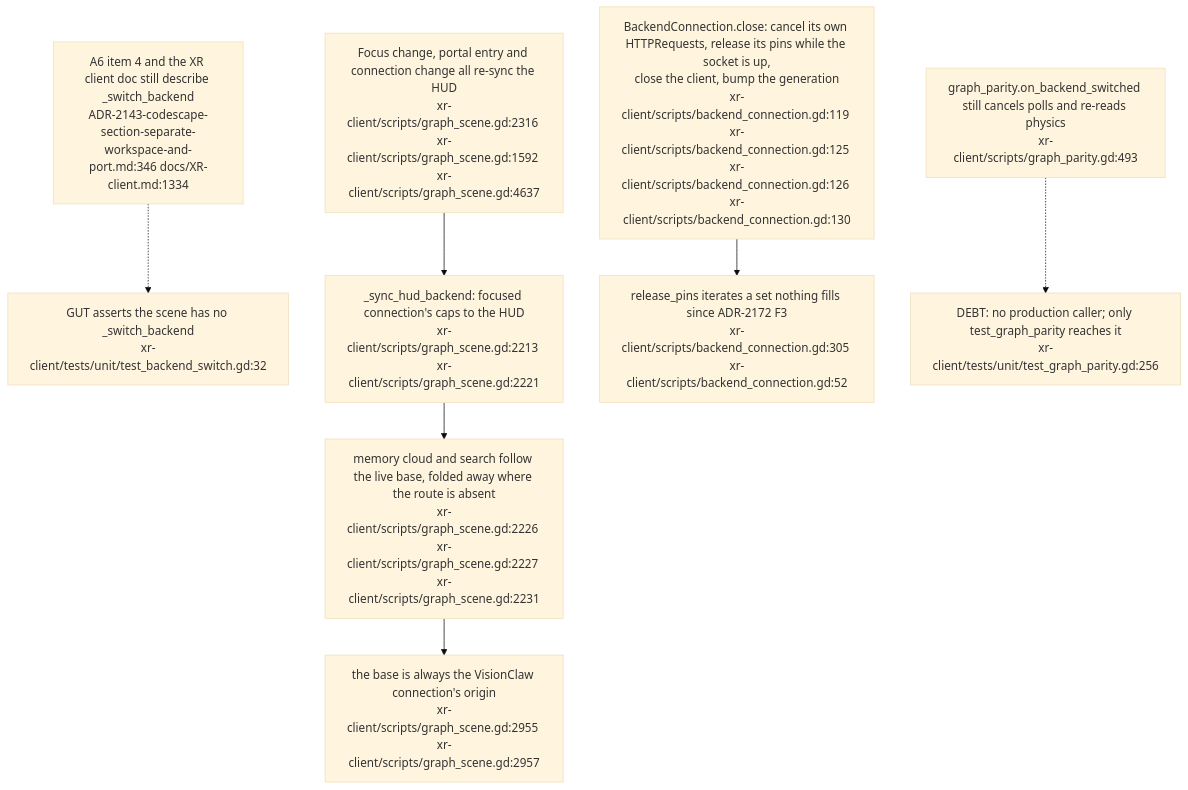
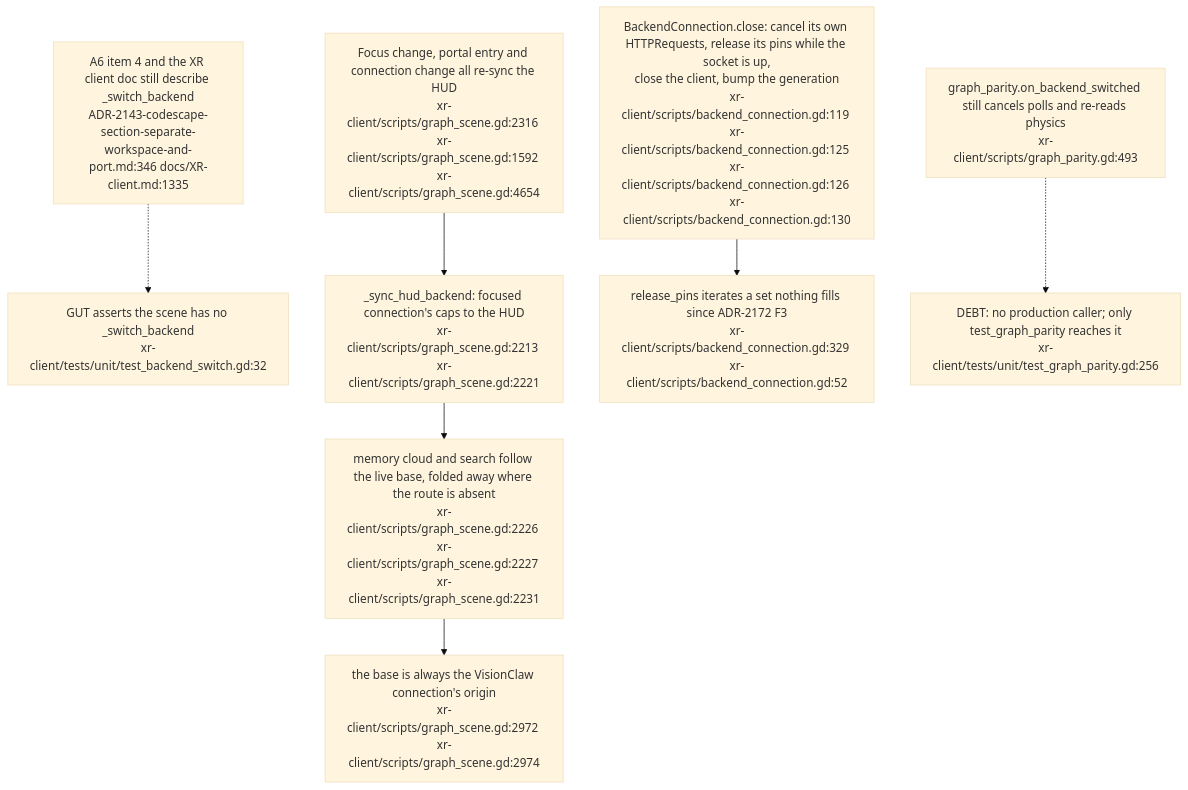
One commit to DreamLab-AI/VisionFlow changed the second of 3 diagrams in docs/diagrams/visionclaw/40-xr-two-backends-capability-gating.md. Above: the diagram before and after it, drawn with Mermaid (base theme). The commit also changed other lines of this file and 49 other files, not shown here.

First line of the commit message:
docs(diagrams): re-derive and re-stamp VisionClaw, estate, knowledge-graph, visionGraph, VisionFlow and sidestr topics

````diff
--- a/docs/diagrams/visionclaw/40-xr-two-backends-capability-gating.md
+++ b/docs/diagrams/visionclaw/40-xr-two-backends-capability-gating.md
@@ -88,12 +88,12 @@
 ```mermaid
 flowchart TD
     GONE["GUT asserts the scene has no _switch_backend<br/>xr-client/tests/unit/test_backend_switch.gd:32"]
-    FOCUS["Focus change, portal entry and connection change all re-sync the HUD<br/>xr-client/scripts/graph_scene.gd:2316 xr-client/scripts/graph_scene.gd:1592 xr-client/scripts/graph_scene.gd:4637"] --> SYNC["_sync_hud_backend: focused connection's caps to the HUD<br/>xr-client/scripts/graph_scene.gd:2213 xr-client/scripts/graph_scene.gd:2221"]
+    FOCUS["Focus change, portal entry and connection change all re-sync the HUD<br/>xr-client/scripts/graph_scene.gd:2316 xr-client/scripts/graph_scene.gd:1592 xr-client/scripts/graph_scene.gd:4654"] --> SYNC["_sync_hud_backend: focused connection's caps to the HUD<br/>xr-client/scripts/graph_scene.gd:2213 xr-client/scripts/graph_scene.gd:2221"]
     SYNC --> MEM["memory cloud and search follow the live base, folded away where the route is absent<br/>xr-client/scripts/graph_scene.gd:2226 xr-client/scripts/graph_scene.gd:2227 xr-client/scripts/graph_scene.gd:2231"]
-    MEM --> BASE["the base is always the VisionClaw connection's origin<br/>xr-client/scripts/graph_scene.gd:2955 xr-client/scripts/graph_scene.gd:2957"]
+    MEM --> BASE["the base is always the VisionClaw connection's origin<br/>xr-client/scripts/graph_scene.gd:2972 xr-client/scripts/graph_scene.gd:2974"]
     CLOSE["BackendConnection.close: cancel its own HTTPRequests, release its pins while the socket is up,<br/>close the client, bump the generation<br/>xr-client/scripts/backend_connection.gd:119 xr-client/scripts/backend_connection.gd:125 xr-client/scripts/backend_connection.gd:126 xr-client/scripts/backend_connection.gd:130"]
-    PINS["release_pins iterates a set nothing fills since ADR-2172 F3<br/>xr-client/scripts/backend_connection.gd:305 xr-client/scripts/backend_connection.gd:52"]
+    PINS["release_pins iterates a set nothing fills since ADR-2172 F3<br/>xr-client/scripts/backend_connection.gd:329 xr-client/scripts/backend_connection.gd:52"]
     CLOSE --> PINS
     PAR["graph_parity.on_backend_switched still cancels polls and re-reads physics<br/>xr-client/scripts/graph_parity.gd:493"] -.-> DEBT["DEBT: no production caller; only test_graph_parity reaches it<br/>xr-client/tests/unit/test_graph_parity.gd:256"]
-    DOC["A6 item 4 and the XR client doc still describe _switch_backend<br/>ADR-2143-codescape-section-separate-workspace-and-port.md:346 docs/XR-client.md:1334"] -.-> GONE
+    DOC["A6 item 4 and the XR client doc still describe _switch_backend<br/>ADR-2143-codescape-section-separate-workspace-and-port.md:346 docs/XR-client.md:1335"] -.-> GONE
 ```
````
